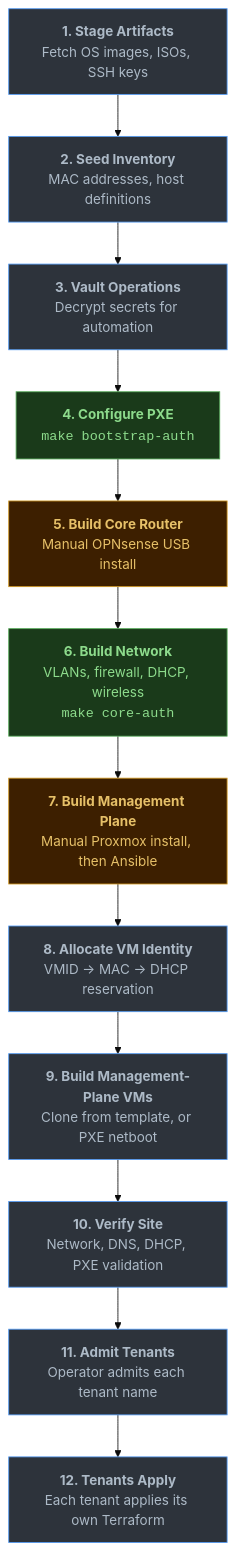
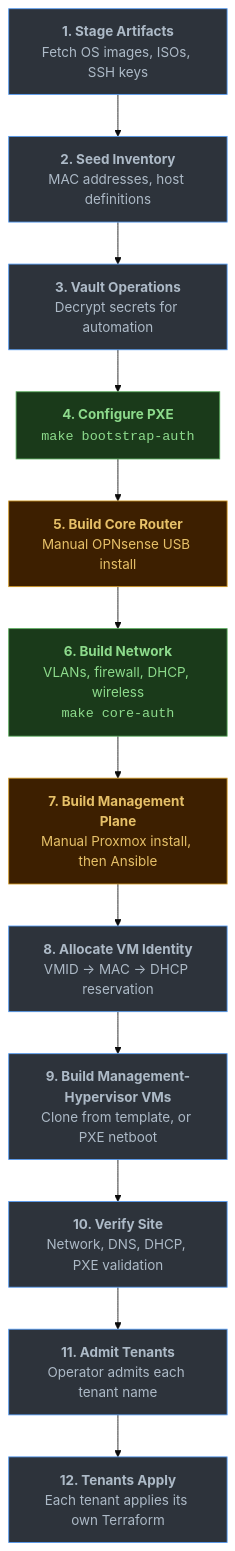
One commit to deevnet/deevnet-docs changed the diagram in content/docs/runbook/substrate/building-recovery/_index.md. Above: the diagram before and after it, drawn with Mermaid (base theme). The commit also changed other lines of this file and 13 other files, not shown here.

First line of the commit message:
Say "management-hypervisor VM", not "management-plane VM"

```diff
--- a/content/docs/runbook/substrate/building-recovery/_index.md
+++ b/content/docs/runbook/substrate/building-recovery/_index.md
@@ -63,21 +63,21 @@
 {{< mermaid >}}
 flowchart TD
     A["<b>1. Stage Artifacts</b><br/>Fetch OS images, ISOs, SSH keys"]
     B["<b>2. Seed Inventory</b><br/>MAC addresses, host definitions"]
     C["<b>3. Vault Operations</b><br/>Decrypt secrets for automation"]
     D["<b>4. Configure PXE</b><br/><code>make bootstrap-auth</code>"]:::transition
     E["<b>5. Build Core Router</b><br/>Manual OPNsense USB install"]:::manual
     F["<b>6. Build Network</b><br/>VLANs, firewall, DHCP, wireless<br/><code>make core-auth</code>"]:::transition
     G["<b>7. Build Management Plane</b><br/>Manual Proxmox install, then Ansible"]:::manual
     H["<b>8. Allocate VM Identity</b><br/>VMID &rarr; MAC &rarr; DHCP reservation"]
-    I["<b>9. Build Management-Plane VMs</b><br/>Clone from template, or PXE netboot"]
+    I["<b>9. Build Management-Hypervisor VMs</b><br/>Clone from template, or PXE netboot"]
     J["<b>10. Verify Site</b><br/>Network, DNS, DHCP, PXE validation"]
     K["<b>11. Admit Tenants</b><br/>Operator admits each tenant name"]
     L["<b>12. Tenants Apply</b><br/>Each tenant applies its own Terraform"]
 
     A --> B --> C --> D --> E --> F --> G --> H --> I --> J --> K --> L
 
     classDef default fill:#2d333b,stroke:#539bf5,color:#adbac7
     classDef transition fill:#1a3a1a,stroke:#57ab5a,color:#8ddb8c
     classDef manual fill:#3d1f00,stroke:#d29922,color:#e6c068
 {{< /mermaid >}}
```
